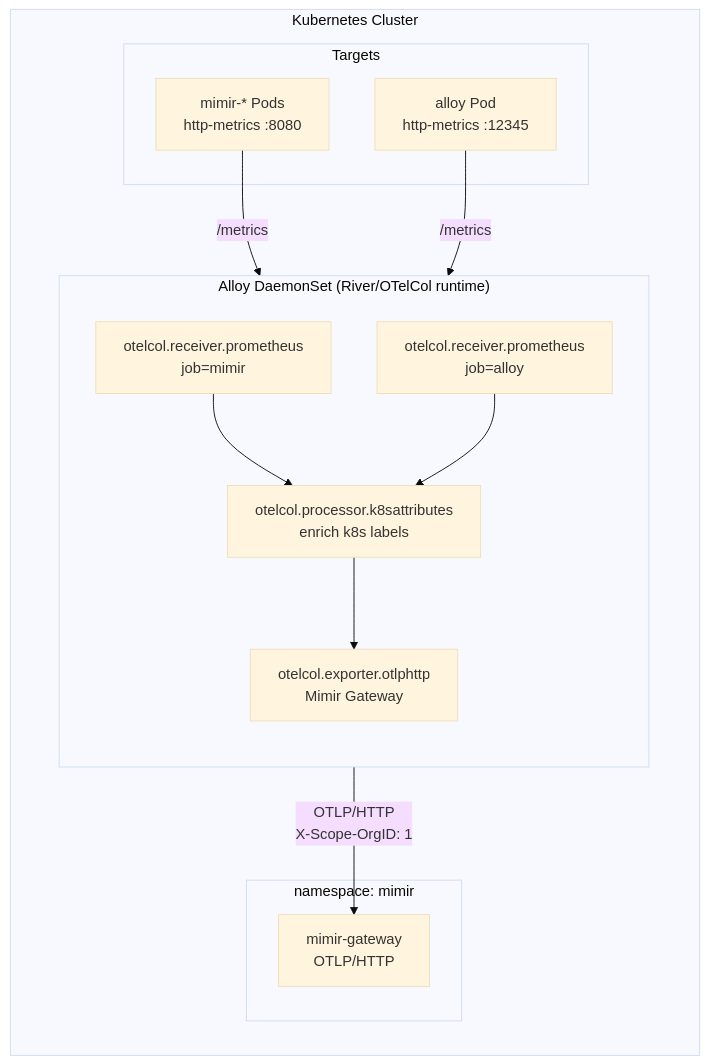
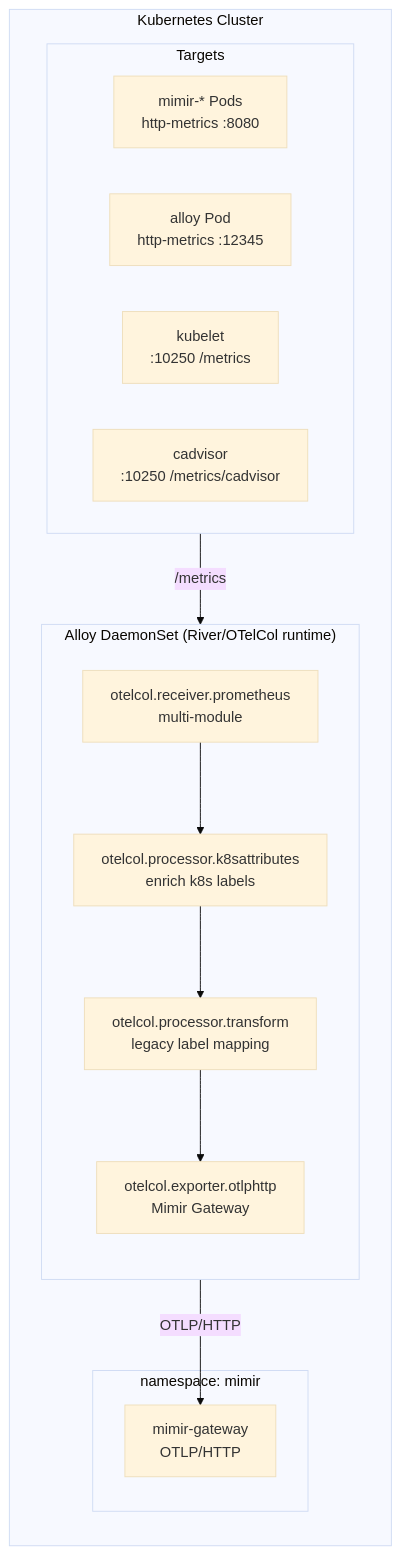
The first of 2 diagrams in docs/OBSERVABILITY.md (saadisfy/bwcloud-gitops), drawn with Mermaid (base theme) before and after one commit. The commit also changed other lines of this file and 3 other files, not shown here.

````diff
--- a/docs/OBSERVABILITY.md
+++ b/docs/OBSERVABILITY.md
@@ -31,28 +26,29 @@
 ```mermaid
 flowchart LR
   subgraph K8S["Kubernetes Cluster"]
     subgraph Targets
       MC[mimir-* Pods<br/>http-metrics :8080]
       AP[alloy Pod<br/>http-metrics :12345]
+      KB[kubelet<br/>:10250 /metrics]
+      CA[cadvisor<br/>:10250 /metrics/cadvisor]
     end
 
     subgraph ALLOY["Alloy DaemonSet (River/OTelCol runtime)"]
       direction TB
-      PRm[otelcol.receiver.prometheus<br/>job=mimir]
-      PRa[otelcol.receiver.prometheus<br/>job=alloy]
+      PR[otelcol.receiver.prometheus<br/>multi-module]
       KA[otelcol.processor.k8sattributes<br/>enrich k8s labels]
+      TF[otelcol.processor.transform<br/>legacy label mapping]
       OTLP[otelcol.exporter.otlphttp<br/>Mimir Gateway]
     end
 
     subgraph MIMIR_NS["namespace: mimir"]
-      DIST[mimir-gateway<br/>OTLP/HTTP]
+      GW[mimir-gateway<br/>OTLP/HTTP]
     end
   end
 
-  MC --"/metrics"--> PRm
-  AP --"/metrics"--> PRa
-  PRm --> KA
-  PRa --> KA
-  KA --> OTLP
-  OTLP --"OTLP/HTTP<br/>X-Scope-OrgID: 1"--> DIST
+  Targets --"/metrics"--> PR
+  PR --> KA
+  KA --> TF
+  TF --> OTLP
+  OTLP --"OTLP/HTTP"--> GW
 ```
````
